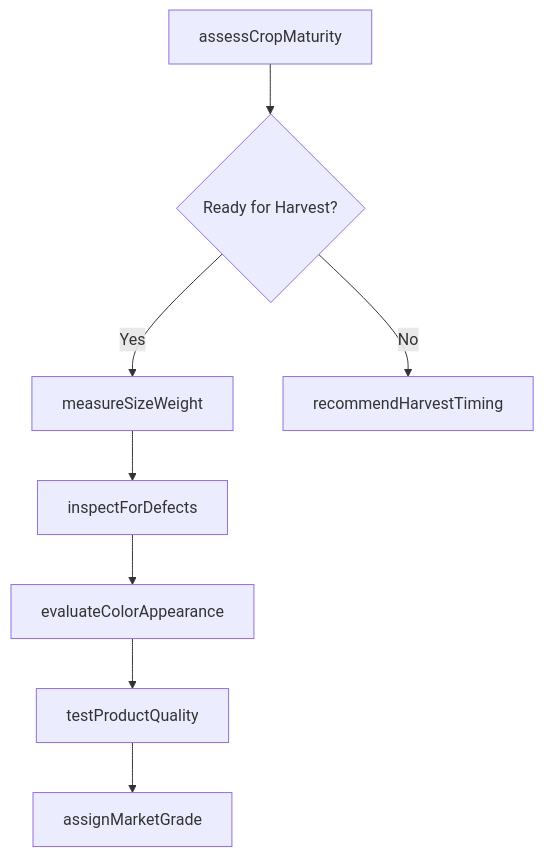
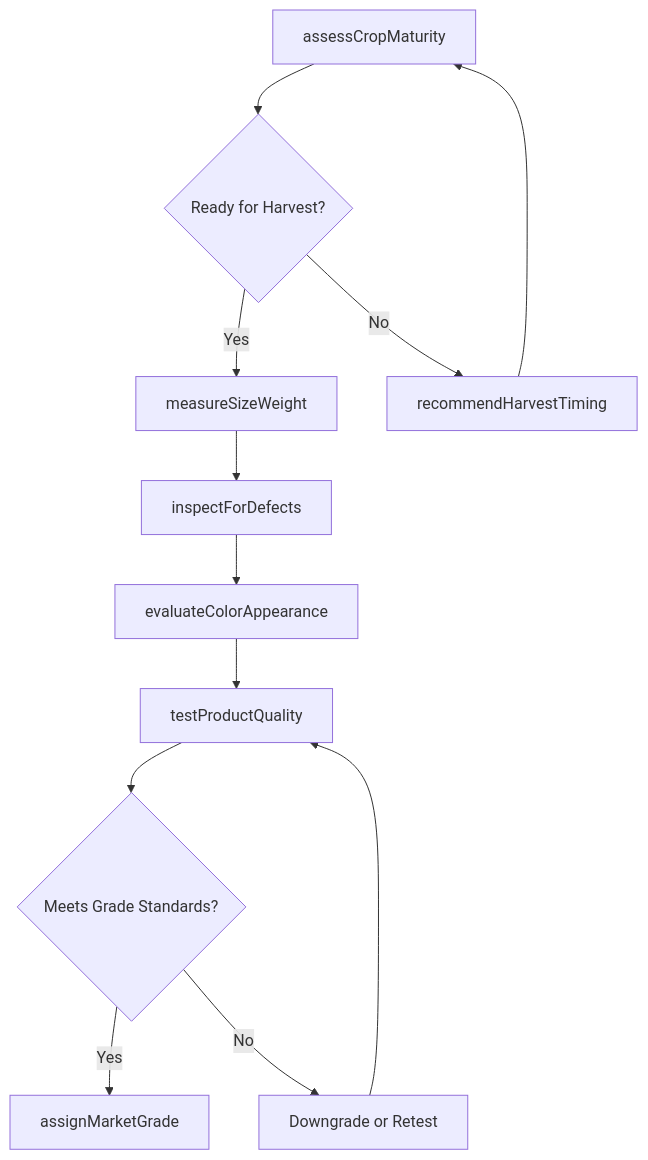
Before and after one commit to dot-org-ai/tasks.org.ai: the third of 4 diagrams in JudgingTheQualitiesOfObjectsServicesOrPeople/EvaluateProductionInputsOrOutputs/EvaluateQualityPlantsCrops.mdx, drawn with Mermaid. The commit also changed other lines of this file and 307 other files, not shown here.

First line of the commit message:
feat: Add ER diagrams and state diagrams to remaining 308 DWA task files (wave 3 complete)

````diff
--- a/JudgingTheQualitiesOfObjectsServicesOrPeople/EvaluateProductionInputsOrOutputs/EvaluateQualityPlantsCrops.mdx
+++ b/JudgingTheQualitiesOfObjectsServicesOrPeople/EvaluateProductionInputsOrOutputs/EvaluateQualityPlantsCrops.mdx
@@ -87,10 +114,14 @@
 ```mermaid
 graph TD
     A[assessCropMaturity] --> B{Ready for Harvest?}
     B -->|Yes| C[measureSizeWeight]
     B -->|No| D[recommendHarvestTiming]
+    D --> A
     C --> E[inspectForDefects]
     E --> F[evaluateColorAppearance]
     F --> G[testProductQuality]
-    G --> H[assignMarketGrade]
+    G --> H{Meets Grade Standards?}
+    H -->|Yes| I[assignMarketGrade]
+    H -->|No| J[Downgrade or Retest]
+    J --> G
 ```
````
